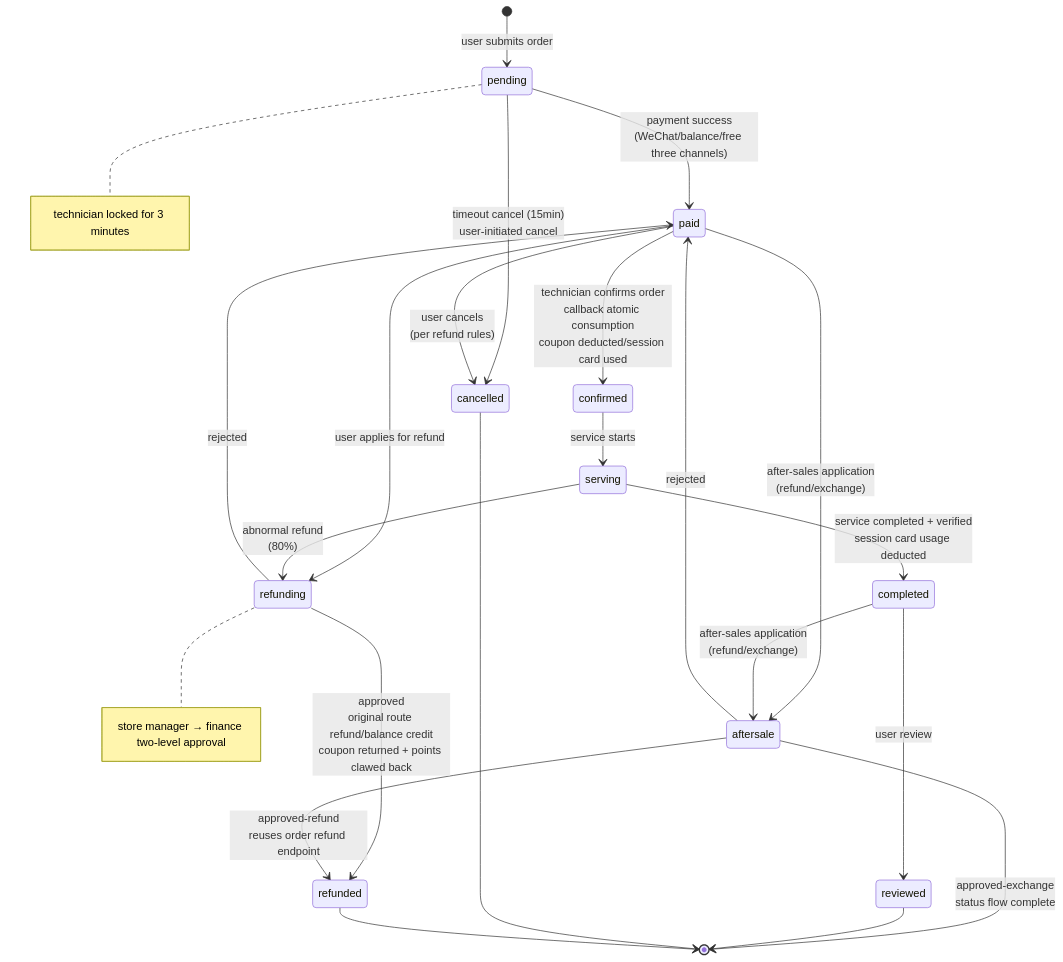
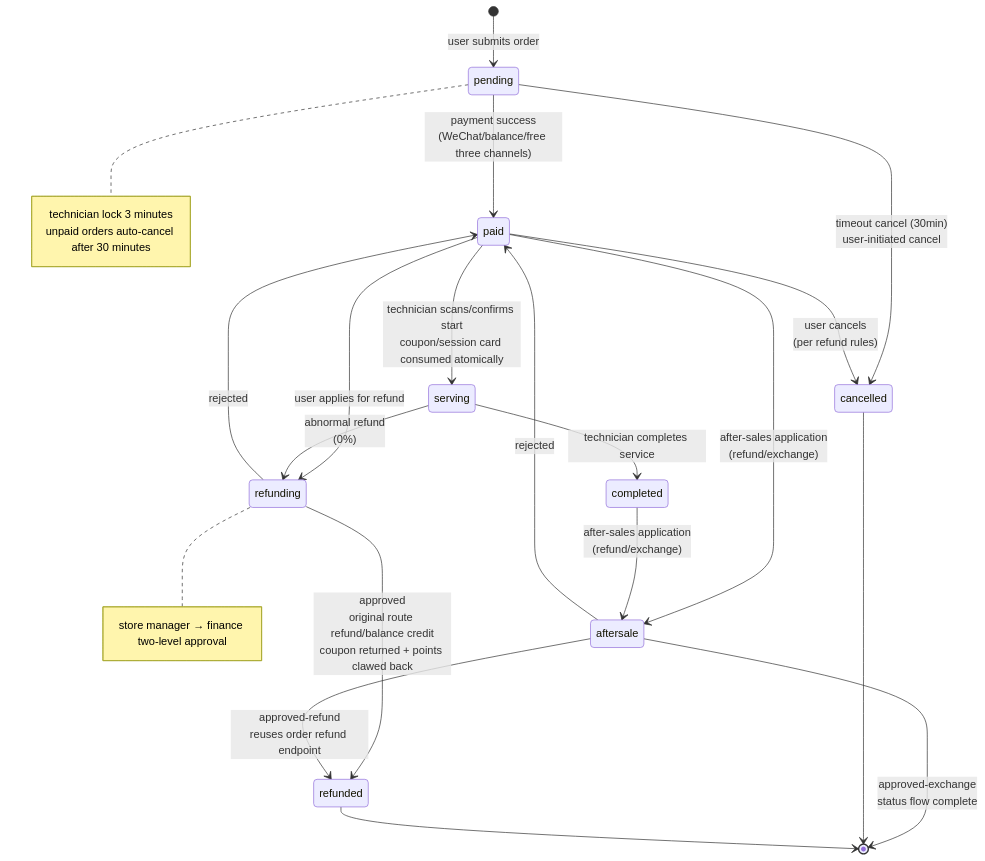
One commit to erikwang2013/appointment-php changed the first of 11 diagrams in docs/en/diagrams/LIFECYCLE-DIAGRAM.md. Above: the diagram before and after it, drawn with Mermaid. The commit also changed other lines of this file and 123 other files, not shown here.

First line of the commit message:
修复订单支付并发与鉴权问题，同步文档与图表

````diff
--- a/docs/en/diagrams/LIFECYCLE-DIAGRAM.md
+++ b/docs/en/diagrams/LIFECYCLE-DIAGRAM.md
@@ -6,36 +6,33 @@
 ```mermaid
 stateDiagram-v2
     [*] --> pending: user submits order
 
     pending --> paid: payment success<br/>(WeChat/balance/free three channels)
 
-    pending --> cancelled: timeout cancel (15min)<br/>user-initiated cancel
+    pending --> cancelled: timeout cancel (30min)<br/>user-initiated cancel
 
-    paid --> confirmed: technician confirms order<br/>callback atomic consumption<br/>coupon deducted/session card used
     paid --> cancelled: user cancels<br/>(per refund rules)
     paid --> refunding: user applies for refund
     paid --> aftersale: after-sales application<br/>(refund/exchange)
 
-    confirmed --> serving: service starts
+    paid --> serving: technician scans/confirms start<br/>coupon/session card consumed atomically
 
-    serving --> completed: service completed + verified<br/>session card usage deducted
+    serving --> completed: technician completes service
 
-    serving --> refunding: abnormal refund<br/>(80%)
+    serving --> refunding: abnormal refund<br/>(0%)
 
-    completed --> reviewed: user review
     completed --> aftersale: after-sales application<br/>(refund/exchange)
 
     refunding --> refunded: approved<br/>original route refund/balance credit<br/>coupon returned + points clawed back
     refunding --> paid: rejected
 
     aftersale --> refunded: approved-refund<br/>reuses order refund endpoint
     aftersale --> paid: rejected
     aftersale --> [*]: approved-exchange<br/>status flow complete
 
-    reviewed --> [*]
     cancelled --> [*]
     refunded --> [*]
 
-    note right of pending: technician locked for 3 minutes
+    note right of pending: technician lock 3 minutes<br/>unpaid orders auto-cancel after 30 minutes
     note right of refunding: store manager → finance two-level approval
 ```
````
